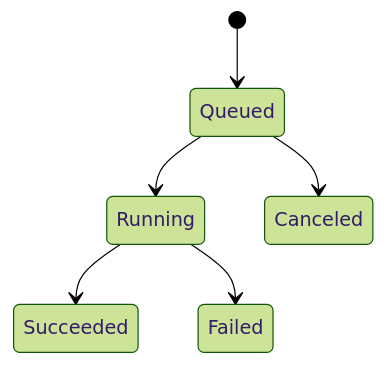
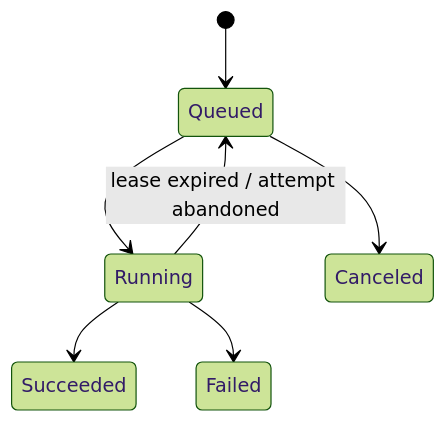
One commit to Nuryanfa/TaskForge changed the second of 2 diagrams in README.md. Above: the diagram before and after it, drawn with Mermaid (forest theme). The commit also changed other lines of this file and 22 other files, not shown here.

````diff
--- a/README.md
+++ b/README.md
@@ -28,8 +28,9 @@
 ```mermaid
 stateDiagram-v2
     [*] --> Queued
     Queued --> Running
     Queued --> Canceled
     Running --> Succeeded
     Running --> Failed
+    Running --> Queued: lease expired / attempt abandoned
 ```
````
